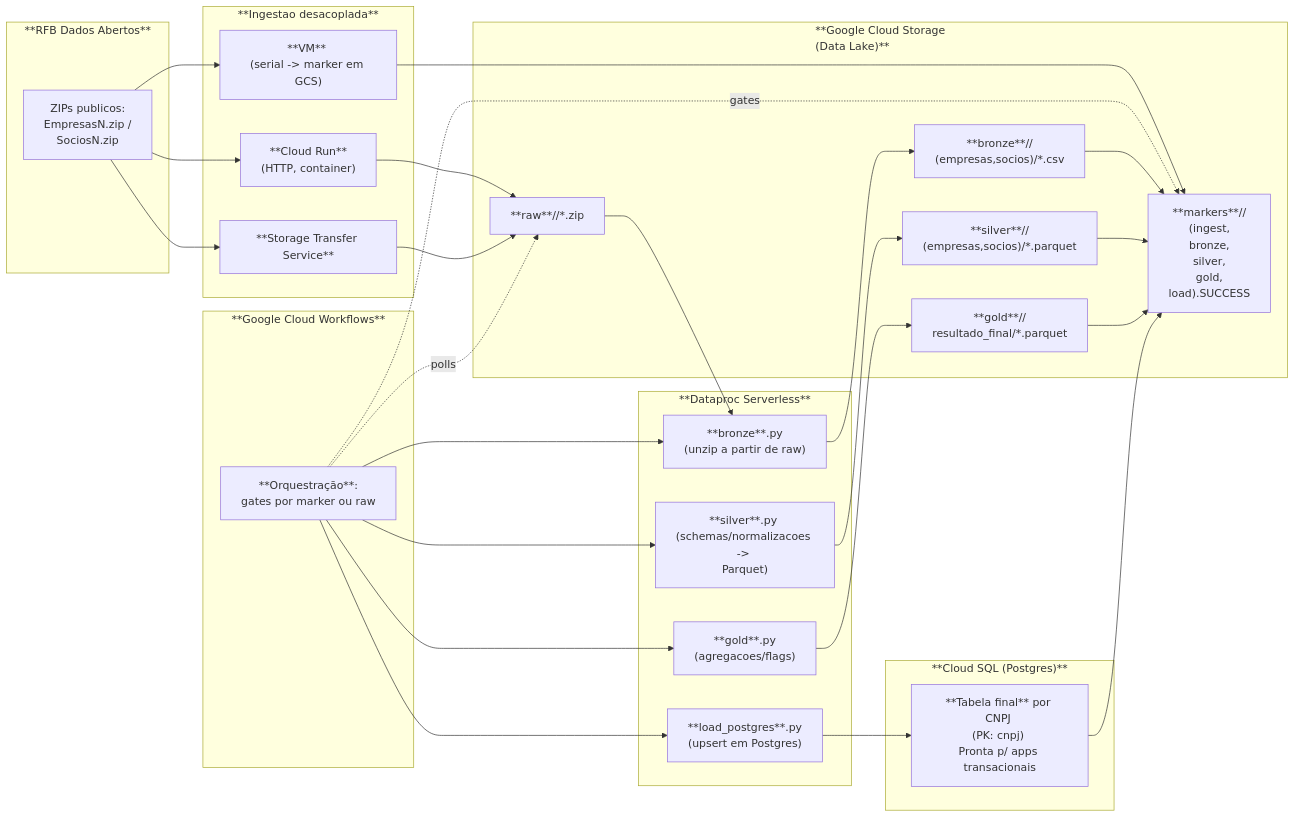
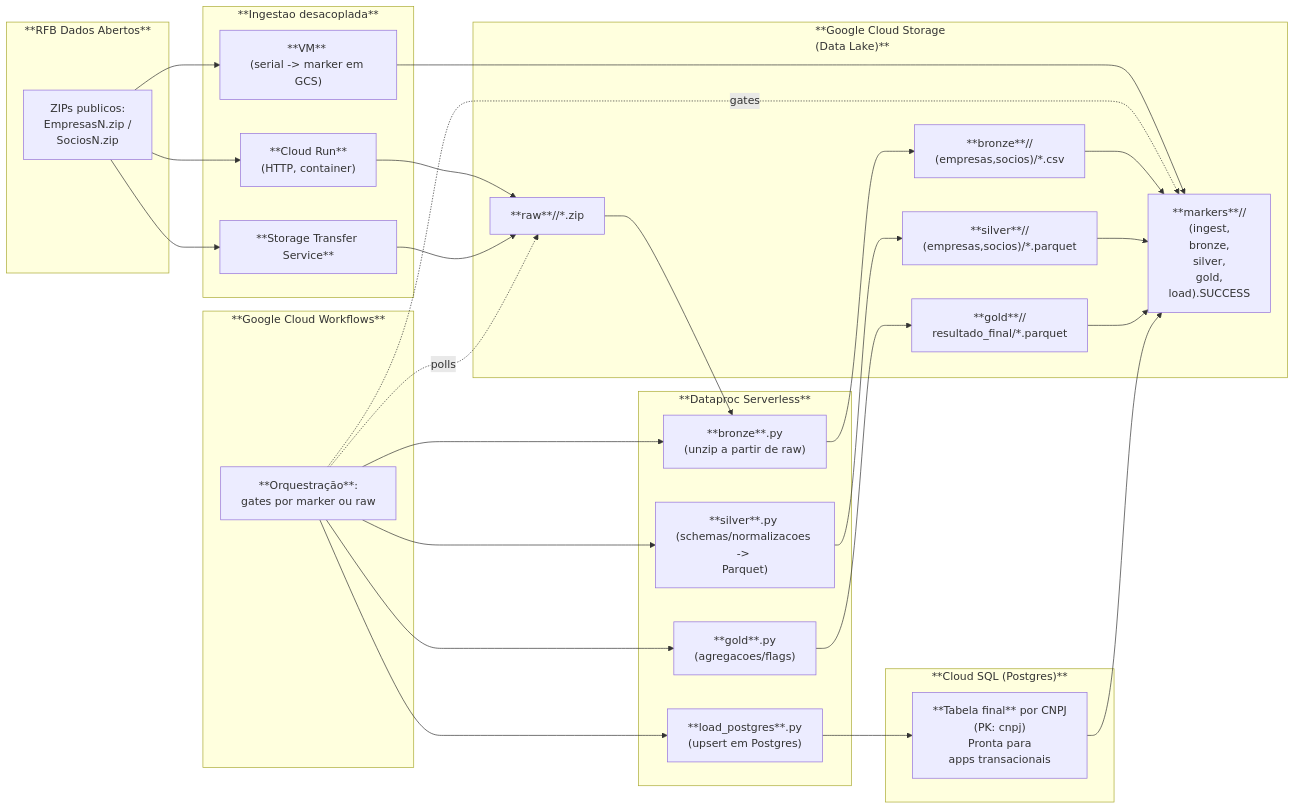
The diagram in README.md (jaquerando/case_stone), drawn with Mermaid before and after one commit.

````diff
--- a/README.md
+++ b/README.md
@@ -13,63 +13,63 @@
 ```mermaid
 flowchart LR
 
   %% === SOURCES ===
   subgraph SRC["**RFB Dados Abertos**"]
     s1["ZIPs publicos:<br/> EmpresasN.zip / <br/>SociosN.zip"]
   end
 
   %% === INGEST ===
   subgraph ING["**Ingestao desacoplada**"]
     A["**Cloud Run** <br/>(HTTP, container)"]
     B["**Storage Transfer Service**"]
     C["**VM** <br/>(serial -> marker em GCS)"]
   end
 
   %% === STORAGE ===
   subgraph GCS["**Google Cloud Storage <br/>(Data Lake)**"]
     raw["**raw**/<run_id>/*.zip"]
     brz["**bronze**/<run_id>/<br/>(empresas,socios)/*.csv"]
     slv["**silver**/<run_id>/<br/>(empresas,socios)/*.parquet"]
     gld["**gold**/<run_id>/<br/>resultado_final/*.parquet"]
     mrk["**markers**/<run_id>/<br/>(ingest,<br/>bronze,<br/>silver,<br/>gold,<br/>load).SUCCESS"]
   end
 
   %% === WORKFLOWS ===
   subgraph WF["**Google Cloud Workflows**"]
     wf1["**Orquestração**: <br/>gates por marker ou raw"]
   end
 
   %% === SPARK ===
   subgraph DP["**Dataproc Serverless**"]
     p1["**bronze**.py <br/>(unzip a partir de raw)"]
     p2["**silver**.py <br/>(schemas/normalizacoes -> <br/>Parquet)"]
     p3["**gold**.py <br/>(agregacoes/flags)"]
     p4["**load_postgres**.py <br/>(upsert em Postgres)"]
   end
 
   %% === DB ===
   subgraph SQL["**Cloud SQL (Postgres)**"]
-    tbl["**Tabela final** por CNPJ <br/>(PK: cnpj) <br/>Pronta p/ apps transacionais"]
+    tbl["**Tabela final** por CNPJ <br/>(PK: cnpj) <br/>Pronta para <br/>apps transacionais"]
   end
 
   %% === FLUXOS DE DADOS ===
   s1 --> A
   s1 --> B
   s1 --> C
 
   A --> raw
   B --> raw
   C --> mrk
 
   %% join: bronze consome raw; workflows vigia raw/marker
   raw --> p1
   wf1 -. polls .-> raw
   wf1 -. gates .-> mrk
 
   %% pipeline medallion
   wf1 --> p1 --> brz --> mrk
   wf1 --> p2 --> slv --> mrk
   wf1 --> p3 --> gld --> mrk
   wf1 --> p4 --> tbl --> mrk
 
 ```
````
